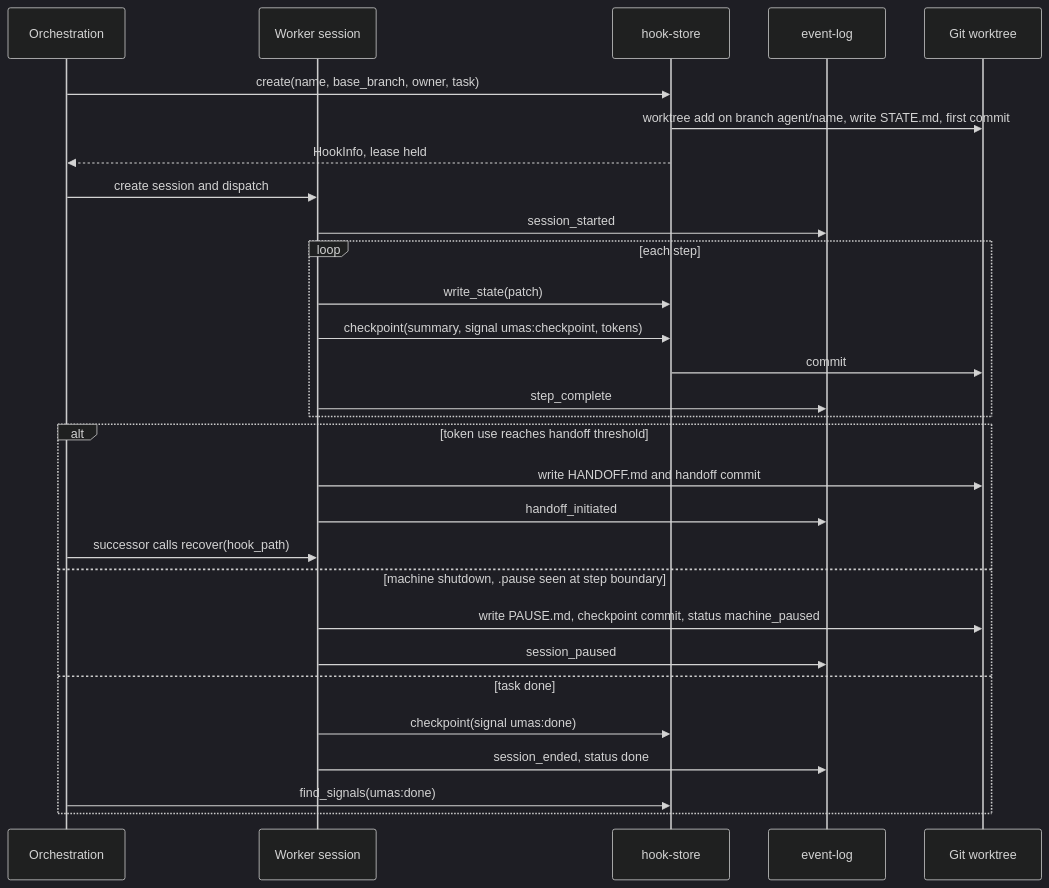
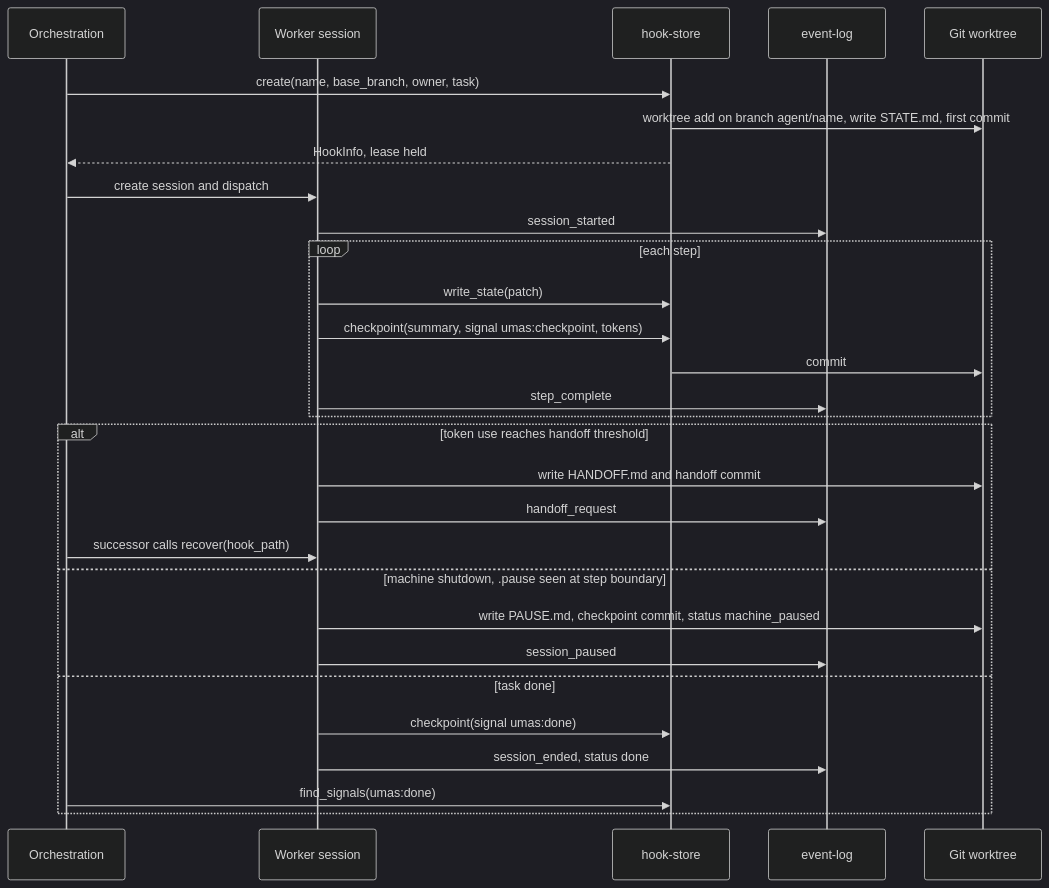
Before and after one commit to plaktoz/agentzero-v2-dev: the diagram in umas/modules/context-persistence/context-persistence-spec.md, drawn with Mermaid (dark theme). The commit also changed other lines of this file and 168 other files, not shown here.

````diff
--- a/umas/modules/context-persistence/context-persistence-spec.md
+++ b/umas/modules/context-persistence/context-persistence-spec.md
@@ -67,32 +67,32 @@
 ```mermaid
 sequenceDiagram
     participant O as Orchestration
     participant W as Worker session
     participant H as hook-store
     participant E as event-log
     participant G as Git worktree
 
     O->>H: create(name, base_branch, owner, task)
     H->>G: worktree add on branch agent/name, write STATE.md, first commit
     H-->>O: HookInfo, lease held
     O->>W: create session and dispatch
     W->>E: session_started
     loop each step
         W->>H: write_state(patch)
         W->>H: checkpoint(summary, signal umas:checkpoint, tokens)
         H->>G: commit
         W->>E: step_complete
     end
     alt token use reaches handoff threshold
         W->>G: write HANDOFF.md and handoff commit
-        W->>E: handoff_initiated
+        W->>E: handoff_request
         O->>W: successor calls recover(hook_path)
     else machine shutdown, .pause seen at step boundary
         W->>G: write PAUSE.md, checkpoint commit, status machine_paused
         W->>E: session_paused
     else task done
         W->>H: checkpoint(signal umas:done)
         W->>E: session_ended, status done
         O->>H: find_signals(umas:done)
     end
 ```
````
